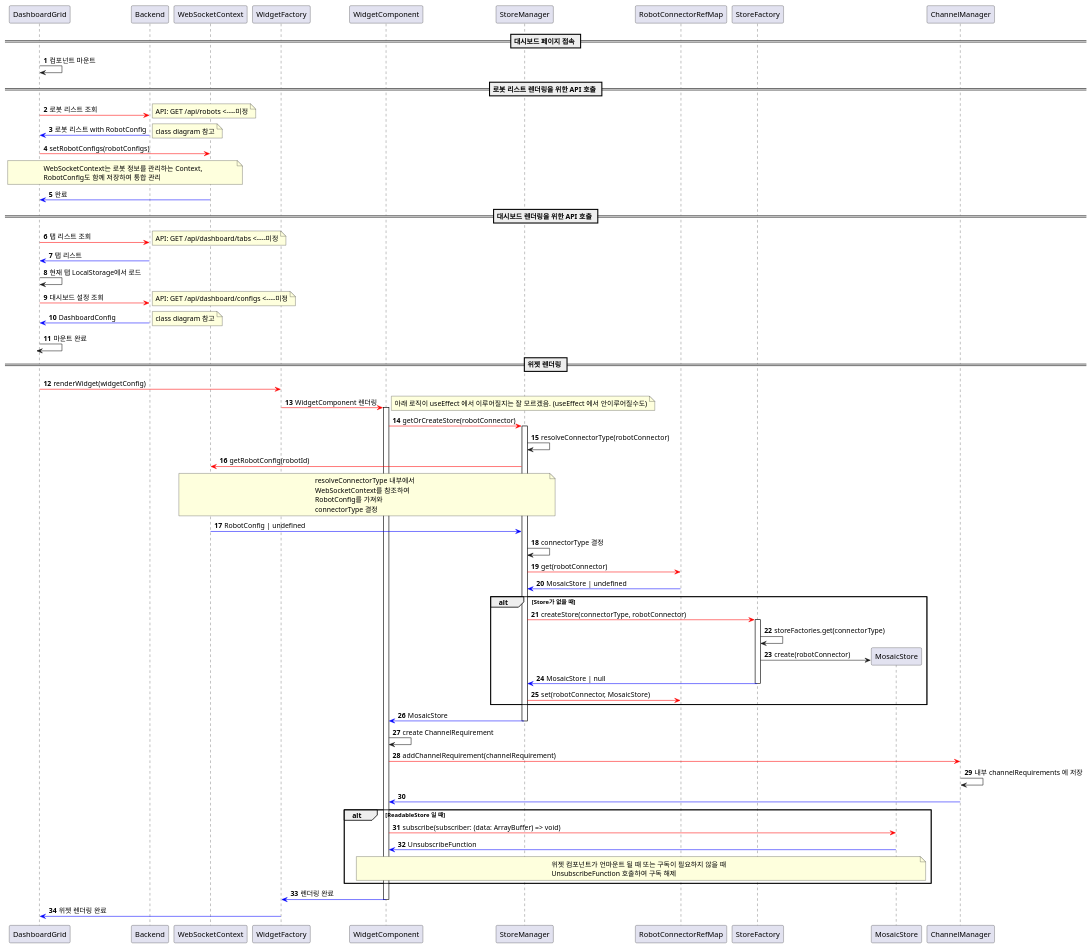
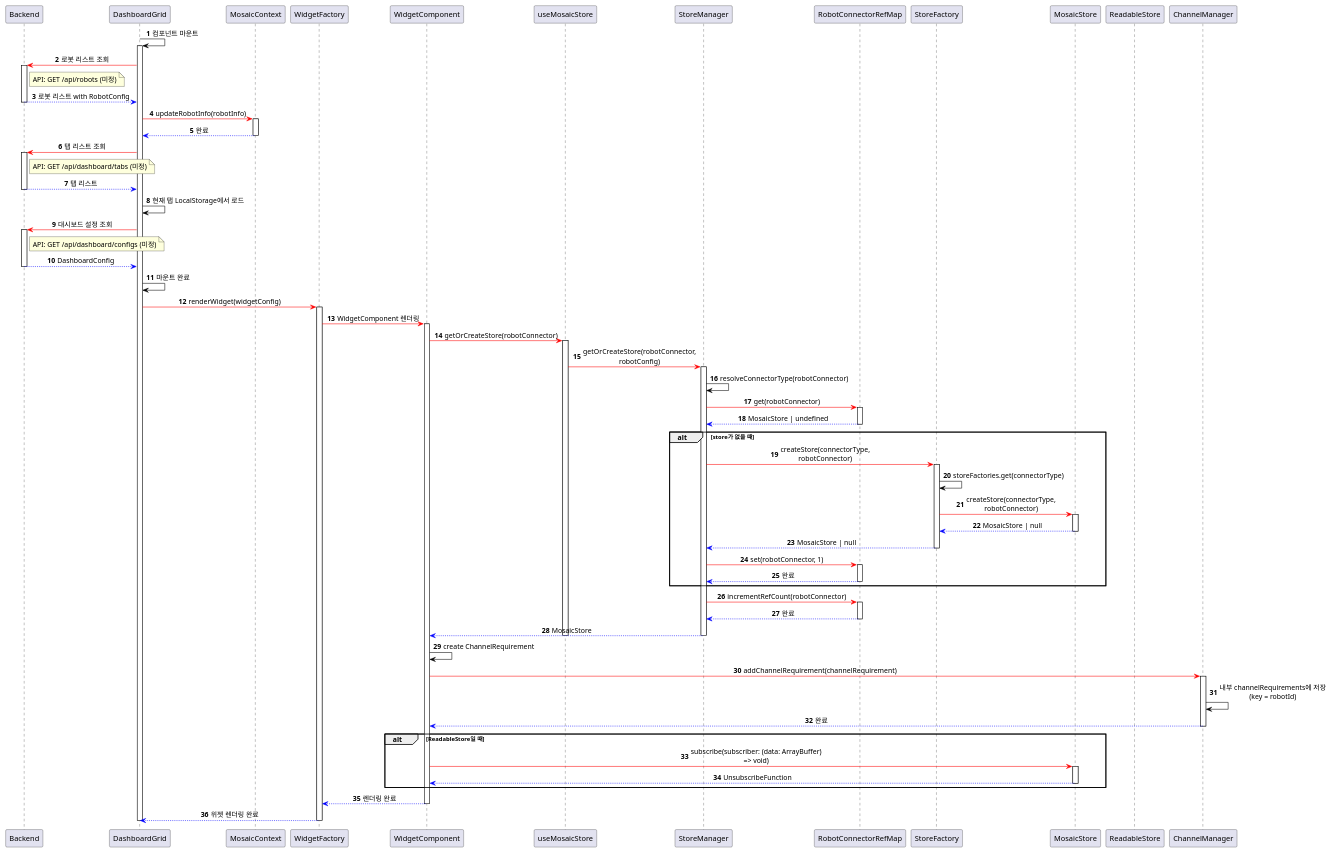
The diagram in diagram/sequence_dashboard_init_render.puml (ACSL-MOSAIC/MOSAIC-Server), drawn with PlantUML before and after one commit.

Commit message:
modify: sequence_dashboard_init_render diagram

```diff
--- a/diagram/sequence_dashboard_init_render.puml
+++ b/diagram/sequence_dashboard_init_render.puml
@@ -1,111 +1,129 @@
 @startuml
-'https://plantuml.com/sequence-diagram
-
-participant DashboardGrid
-participant Backend
-participant WebSocketContext
-participant WidgetFactory
-participant WidgetComponent
-participant StoreManager
-participant RobotConnectorRefMap
-participant StoreFactory
-participant MosaicStore
-participant ChannelManager
-
+skinparam sequenceMessageAlign center
+skinparam maxMessageSize 250
 autonumber
 
-== 대시보드 페이지 접속 ==
+participant "Backend" as Backend
+participant "DashboardGrid" as DashboardGrid
+participant "MosaicContext" as MosaicContext
+participant "WidgetFactory" as WidgetFactory
+participant "WidgetComponent" as WidgetComponent
+participant "useMosaicStore" as useMosaicStore
+participant "StoreManager" as StoreManager
+participant "RobotConnectorRefMap" as RobotConnectorRefMap
+participant "StoreFactory" as StoreFactory
+participant "MosaicStore" as MosaicStore
+participant "ReadableStore" as ReadableStore
+participant "ChannelManager" as ChannelManager
 
-DashboardGrid -> DashboardGrid: 컴포넌트 마운트
-
-== 로봇 리스트 렌더링을 위한 API 호출 ==
+DashboardGrid -[#black]> DashboardGrid: 컴포넌트 마운트
+activate DashboardGrid
 
 DashboardGrid -[#red]> Backend: 로봇 리스트 조회
-note right
-  API: GET /api/robots <----미정
-end note
-DashboardGrid <[#blue]- Backend: 로봇 리스트 with RobotConfig
-note right
-  class diagram 참고
-end note
-DashboardGrid -[#red]> WebSocketContext: setRobotConfigs(robotConfigs)
-note over DashboardGrid, WebSocketContext
-  WebSocketContext는 로봇 정보를 관리하는 Context,
-  RobotConfig도 함께 저장하여 통합 관리
-end note
-DashboardGrid <[#blue]- WebSocketContext: 완료
+activate Backend
+note right of Backend: API: GET /api/robots (미정)
 
-== 대시보드 렌더링을 위한 API 호출 ==
+Backend --[#blue]> DashboardGrid: 로봇 리스트 with RobotConfig
+deactivate Backend
+
+DashboardGrid -[#red]> MosaicContext: updateRobotInfo(robotInfo)
+activate MosaicContext
+
+MosaicContext --[#blue]> DashboardGrid: 완료
+deactivate MosaicContext
 
 DashboardGrid -[#red]> Backend: 탭 리스트 조회
-note right
-  API: GET /api/dashboard/tabs <----미정
-end note
-DashboardGrid <[#blue]- Backend: 탭 리스트
+activate Backend
+note right of Backend: API: GET /api/dashboard/tabs (미정)
 
-DashboardGrid -> DashboardGrid: 현재 탭 LocalStorage에서 로드
+Backend --[#blue]> DashboardGrid: 탭 리스트
+deactivate Backend
+
+DashboardGrid -[#black]> DashboardGrid: 현재 탭 LocalStorage에서 로드
 
 DashboardGrid -[#red]> Backend: 대시보드 설정 조회
-note right
-  API: GET /api/dashboard/configs <----미정
-end note
-DashboardGrid <[#blue]- Backend: DashboardConfig
-note right
-  class diagram 참고
-end note
+activate Backend
+note right of Backend: API: GET /api/dashboard/configs (미정)
 
-DashboardGrid -> DashboardGrid --: 마운트 완료
+Backend --[#blue]> DashboardGrid: DashboardConfig
+deactivate Backend
 
-== 위젯 렌더링 ==
+DashboardGrid -[#black]> DashboardGrid: 마운트 완료
 
 DashboardGrid -[#red]> WidgetFactory: renderWidget(widgetConfig)
-WidgetFactory -[#red]> WidgetComponent ++: WidgetComponent 렌더링
-note right
-아래 로직이 useEffect 에서 이루어질지는 잘 모르겠음. (useEffect 에서 안이루어질수도)
-end note
+activate WidgetFactory
 
-WidgetComponent -[#red]> StoreManager ++: getOrCreateStore(robotConnector)
-StoreManager -> StoreManager: resolveConnectorType(robotConnector)
-StoreManager -[#red]> WebSocketContext: getRobotConfig(robotId)
-note over StoreManager, WebSocketContext
-  resolveConnectorType 내부에서
-  WebSocketContext를 참조하여
-  RobotConfig를 가져와
-  connectorType 결정
-end note
-WebSocketContext -[#blue]> StoreManager: RobotConfig | undefined
-StoreManager -> StoreManager: connectorType 결정
+WidgetFactory -[#red]> WidgetComponent: WidgetComponent 렌더링
+activate WidgetComponent
+
+WidgetComponent -[#red]> useMosaicStore: getOrCreateStore(robotConnector)
+activate useMosaicStore
+
+useMosaicStore -[#red]> StoreManager: getOrCreateStore(robotConnector, robotConfig)
+activate StoreManager
+
+StoreManager -[#black]> StoreManager: resolveConnectorType(robotConnector)
 
 StoreManager -[#red]> RobotConnectorRefMap: get(robotConnector)
-RobotConnectorRefMap -[#blue]> StoreManager: MosaicStore | undefined
+activate RobotConnectorRefMap
 
-alt Store가 없을 때
-    StoreManager -[#red]> StoreFactory ++: createStore(connectorType, robotConnector)
-    StoreFactory -> StoreFactory: storeFactories.get(connectorType)
-    create MosaicStore
-    StoreFactory -> MosaicStore: create(robotConnector)
-    StoreManager <[#blue]- StoreFactory --: MosaicStore | null
+RobotConnectorRefMap --[#blue]> StoreManager: MosaicStore | undefined
+deactivate RobotConnectorRefMap
 
-    StoreManager -[#red]> RobotConnectorRefMap: set(robotConnector, MosaicStore)
+alt store가 없을 때
+  StoreManager -[#red]> StoreFactory: createStore(connectorType, robotConnector)
+  activate StoreFactory
+  
+  StoreFactory -[#black]> StoreFactory: storeFactories.get(connectorType)
+  
+  StoreFactory -[#red]> MosaicStore: createStore(connectorType, robotConnector)
+  activate MosaicStore
+  MosaicStore --[#blue]> StoreFactory: MosaicStore | null
+  deactivate MosaicStore
+  
+  StoreFactory --[#blue]> StoreManager: MosaicStore | null
+  deactivate StoreFactory
+  
+  StoreManager -[#red]> RobotConnectorRefMap: set(robotConnector, 1)
+  activate RobotConnectorRefMap
+  RobotConnectorRefMap --[#blue]> StoreManager: 완료
+  deactivate RobotConnectorRefMap
 end
 
-WidgetComponent <[#blue]- StoreManager --: MosaicStore
+StoreManager -[#red]> RobotConnectorRefMap: incrementRefCount(robotConnector)
+activate RobotConnectorRefMap
 
-WidgetComponent -> WidgetComponent: create ChannelRequirement
+RobotConnectorRefMap --[#blue]> StoreManager: 완료
+deactivate RobotConnectorRefMap
+
+StoreManager --[#blue]> WidgetComponent: MosaicStore
+deactivate StoreManager
+deactivate useMosaicStore
+
+WidgetComponent -[#black]> WidgetComponent: create ChannelRequirement
 
 WidgetComponent -[#red]> ChannelManager: addChannelRequirement(channelRequirement)
-ChannelManager -> ChannelManager: 내부 channelRequirements 에 저장
-WidgetComponent <[#blue]- ChannelManager
+activate ChannelManager
 
-alt ReadableStore 일 때
-    WidgetComponent -[#red]> MosaicStore: subscribe(subscriber: (data: ArrayBuffer) => void)
-    WidgetComponent <[#blue]- MosaicStore: UnsubscribeFunction
-    note over WidgetComponent, MosaicStore
-      위젯 컴포넌트가 언마운트 될 때 또는 구독이 필요하지 않을 때
-      UnsubscribeFunction 호출하여 구독 해제
-    end note
+ChannelManager -[#black]> ChannelManager: 내부 channelRequirements에 저장\n(key = robotId)
+
+ChannelManager --[#blue]> WidgetComponent: 완료
+deactivate ChannelManager
+
+alt ReadableStore일 때
+  WidgetComponent -[#red]> MosaicStore: subscribe(subscriber: (data: ArrayBuffer) => void)
+  activate MosaicStore
+  
+  MosaicStore --[#blue]> WidgetComponent: UnsubscribeFunction
+  deactivate MosaicStore
 end
 
-WidgetFactory <[#blue]- WidgetComponent --: 렌더링 완료
-DashboardGrid <[#blue]- WidgetFactory: 위젯 렌더링 완료
+WidgetComponent --[#blue]> WidgetFactory: 렌더링 완료
+deactivate WidgetComponent
+
+WidgetFactory --[#blue]> DashboardGrid: 위젯 렌더링 완료
+deactivate WidgetFactory
+
+deactivate DashboardGrid
+
 @enduml
```
